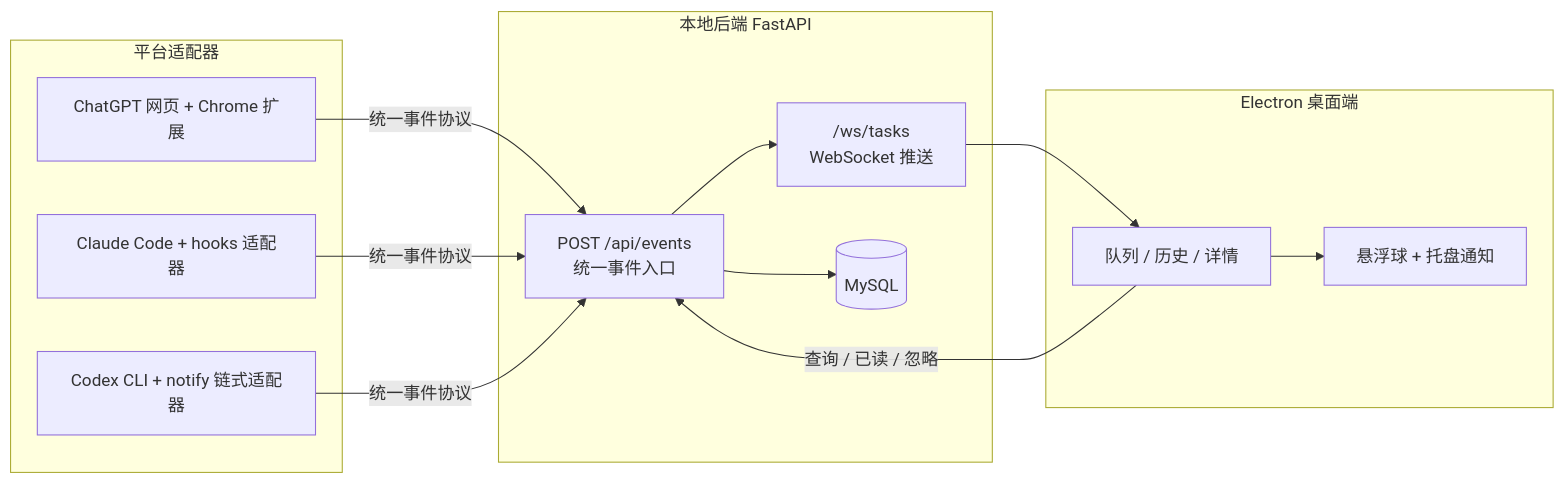
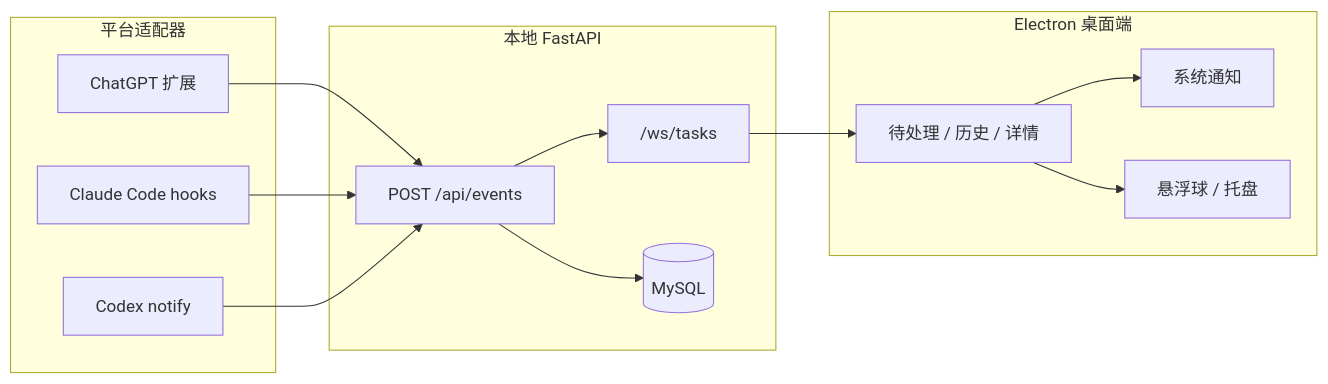
The diagram in README.md (elaysia-feng/AI-Task-Hub), drawn with Mermaid before and after one commit. The commit also changed other lines of this file and 66 other files, not shown here.

````diff
--- a/README.md
+++ b/README.md
@@ -64,24 +115,27 @@
 ```mermaid
 flowchart LR
     subgraph AD["平台适配器"]
-        CG["ChatGPT 网页 + Chrome 扩展"]
-        CC["Claude Code + hooks 适配器"]
-        CX["Codex CLI + notify 链式适配器"]
+        CG["ChatGPT 扩展"]
+        CC["Claude Code hooks"]
+        CX["Codex notify"]
     end
-    subgraph BE["本地后端 FastAPI"]
-        API["POST /api/events<br/>统一事件入口"]
-        WS["/ws/tasks<br/>WebSocket 推送"]
+
+    subgraph BE["本地 FastAPI"]
+        API["POST /api/events"]
+        WS["/ws/tasks"]
         DB[("MySQL")]
     end
+
     subgraph DT["Electron 桌面端"]
-        Q["队列 / 历史 / 详情"]
-        O["悬浮球 + 托盘通知"]
+        Q["待处理 / 历史 / 详情"]
+        N["系统通知"]
+        O["悬浮球 / 托盘"]
     end
 
-    CG & CC & CX -->|统一事件协议| API
+    CG & CC & CX --> API
     API --> DB
     API --> WS
     WS --> Q
-    Q -->|查询 / 已读 / 忽略| API
+    Q --> N
     Q --> O
 ```
````
